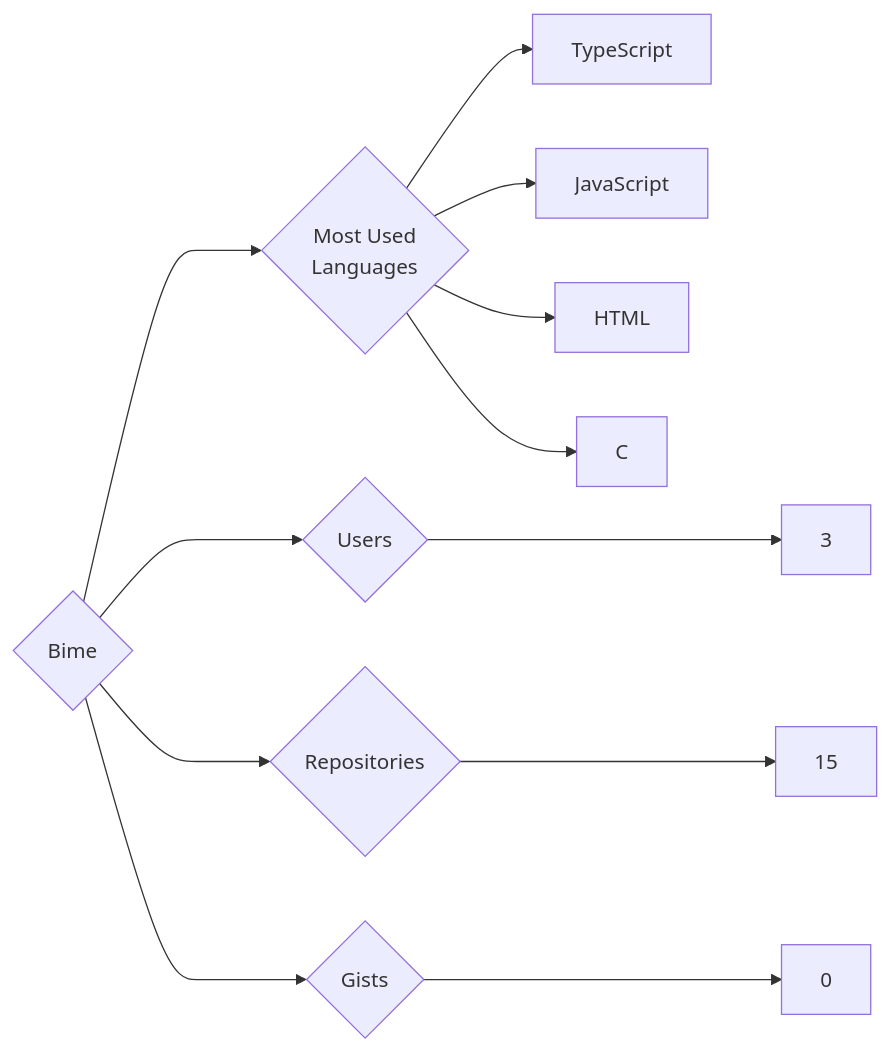
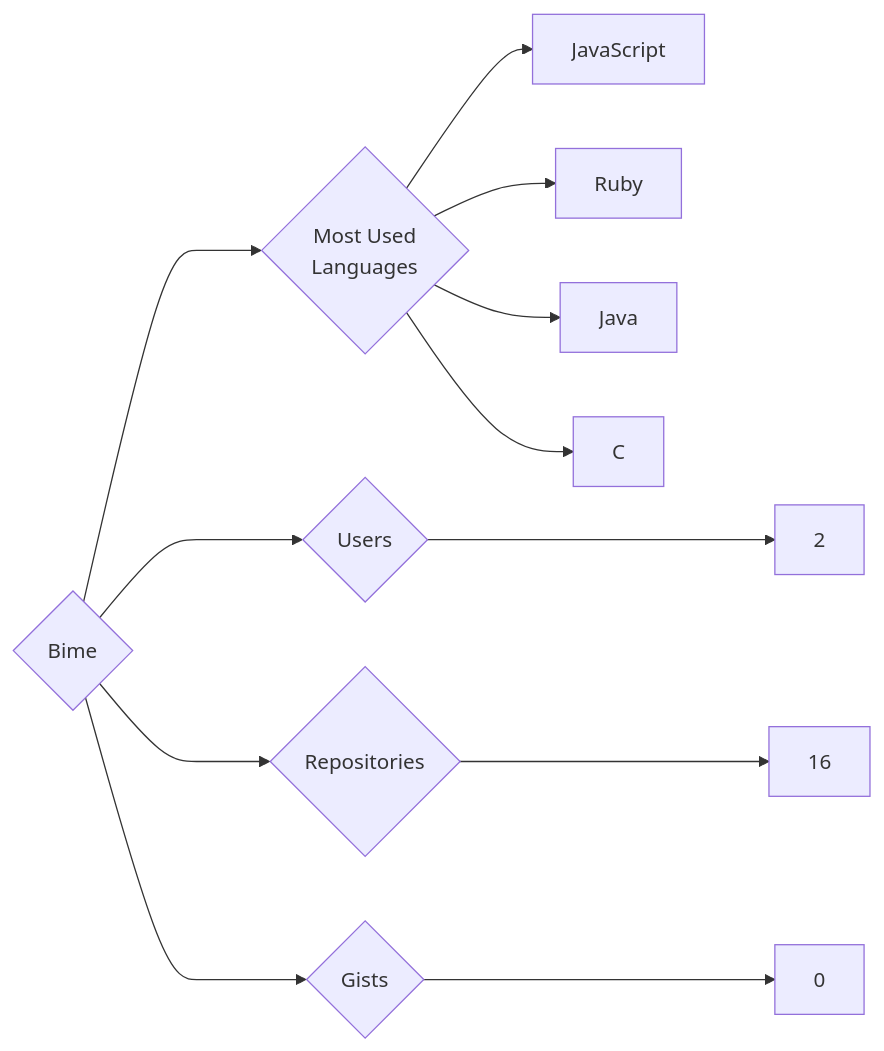
The diagram in targets/Bime/README.md (trickest/insiders), drawn with Mermaid before and after one commit. The commit also changed 924 other files, not shown here.

````diff
--- a/targets/Bime/README.md
+++ b/targets/Bime/README.md
@@ -3,12 +3,12 @@
 ```mermaid
 graph LR
 COMPANY_NAME{Bime}
-COMPANY_NAME ---> U{Users} ---> UN[3]
-COMPANY_NAME ---> R{Repositories} ---> RN[15]
+COMPANY_NAME ---> U{Users} ---> UN[2]
+COMPANY_NAME ---> R{Repositories} ---> RN[16]
 COMPANY_NAME ---> G{Gists} ---> GN[0]
 COMPANY_NAME ---> ML{Most Used<br>Languages}
-ML --> TypeScript[TypeScript]
 ML --> JavaScript[JavaScript]
-ML --> HTML[HTML]
+ML --> Ruby[Ruby]
+ML --> Java[Java]
 ML --> C[C]
 ```
````
